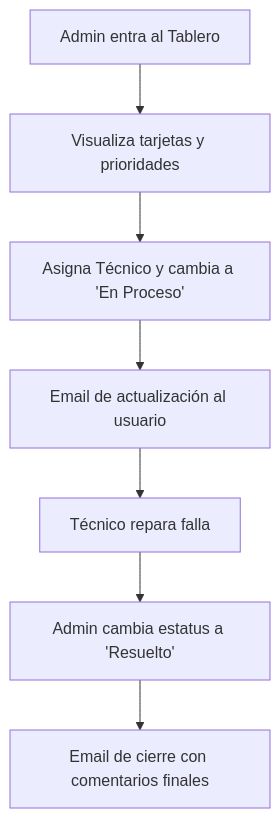
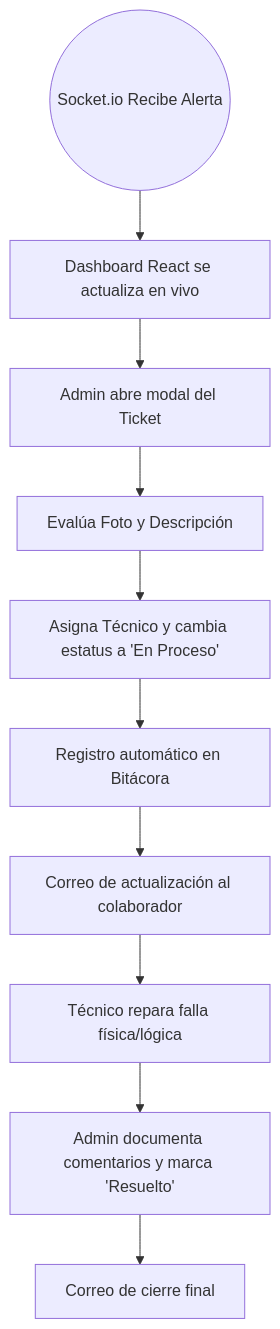
Before and after one commit to Cristian-Alejando/tickets_canaco: the second of 2 diagrams in README.md, drawn with Mermaid. The commit also changed other lines of this file and 17 other files, not shown here.

````diff
--- a/README.md
+++ b/README.md
@@ -240,9 +277,12 @@
 ```mermaid
 graph TD
-    A[Admin entra al Tablero] --> B[Visualiza tarjetas y prioridades]
-    B --> C[Asigna Técnico y cambia a 'En Proceso']
-    C --> D[Email de actualización al usuario]
-    D --> E[Técnico repara falla]
-    E --> F[Admin cambia estatus a 'Resuelto']
-    F --> G[Email de cierre con comentarios finales]
+    A((Socket.io Recibe Alerta)) --> B[Dashboard React se actualiza en vivo]
+    B --> C[Admin abre modal del Ticket]
+    C --> D[Evalúa Foto y Descripción]
+    D --> E[Asigna Técnico y cambia estatus a 'En Proceso']
+    E --> F[Registro automático en Bitácora]
+    F --> G[Correo de actualización al colaborador]
+    G --> H[Técnico repara falla física/lógica]
+    H --> I[Admin documenta comentarios y marca 'Resuelto']
+    I --> J[Correo de cierre final]
 ```
````
